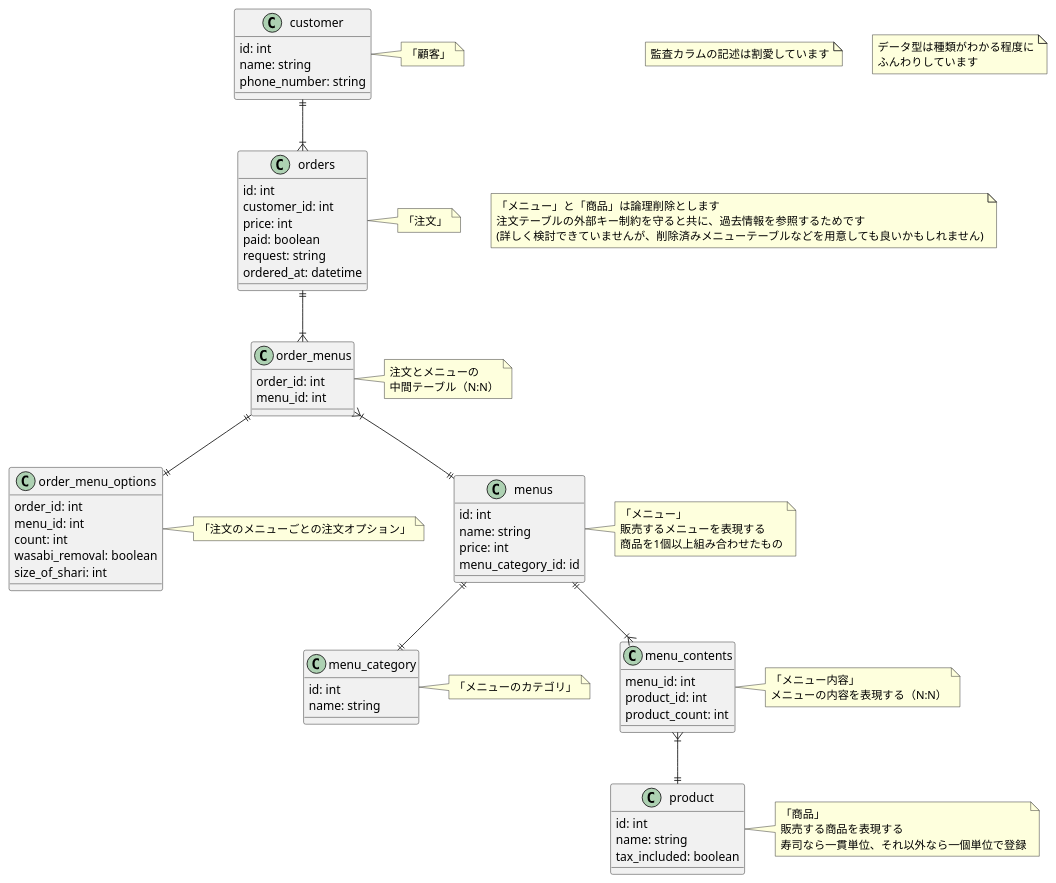
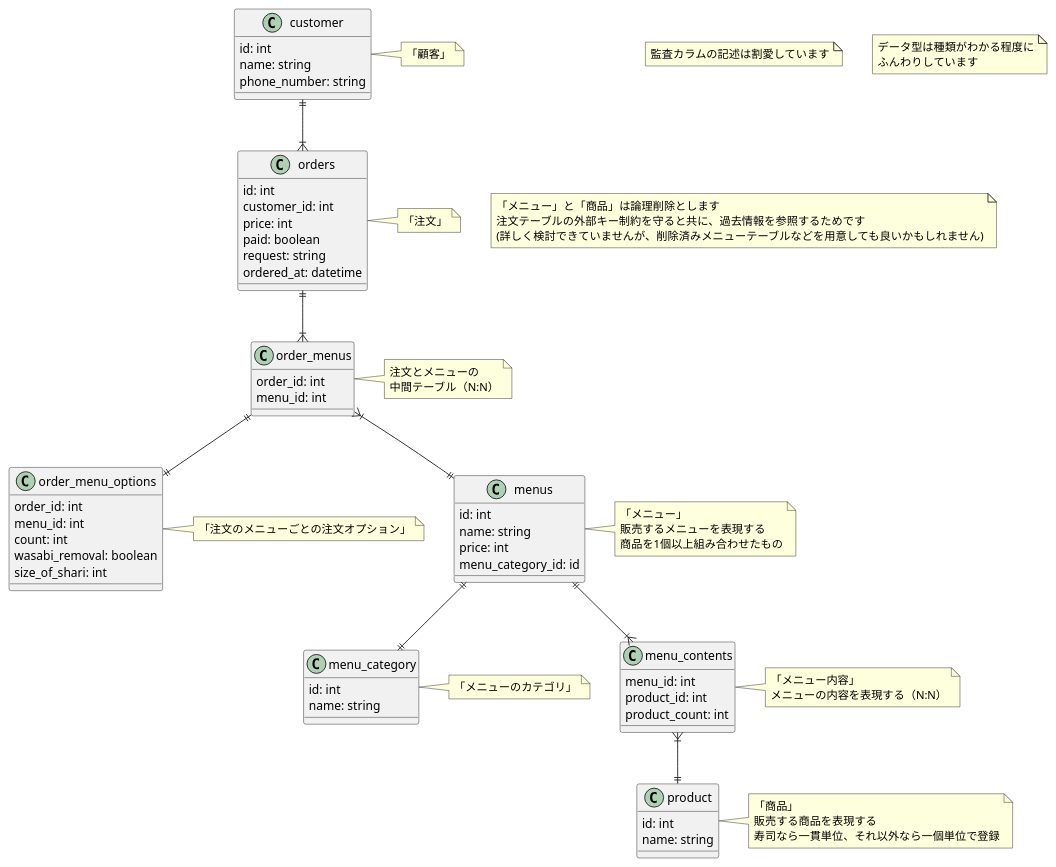
Before and after one commit to HitoroOhria/praha-challenge: the diagram in db/db-modeling-1/sushi_order_of_task1.puml, drawn with PlantUML. The commit also changed 1 other file, not shown here.

```diff
--- a/db/db-modeling-1/sushi_order_of_task1.puml
+++ b/db/db-modeling-1/sushi_order_of_task1.puml
@@ -1,76 +1,75 @@
 @startuml
 'https://plantuml.com/class-diagram
 
 note "監査カラムの記述は割愛しています" as n1
 note "データ型は種類がわかる程度に\nふんわりしています" as n2
 note "「メニュー」と「商品」は論理削除とします\n注文テーブルの外部キー制約を守ると共に、過去情報を参照するためです\n(詳しく検討できていませんが、削除済みメニューテーブルなどを用意しても良いかもしれません)" as n3
 
 class customer {
   id: int
   name: string
   phone_number: string
 }
 note right: 「顧客」
 
 class orders {
   id: int
   customer_id: int
   price: int
   paid: boolean
   request: string
   ordered_at: datetime
 }
 note right: 「注文」
 
 class order_menus {
   order_id: int
   menu_id: int
 }
 note right: 注文とメニューの\n中間テーブル（N:N）
 
 class order_menu_options {
   order_id: int
   menu_id: int
   count: int
   wasabi_removal: boolean
   size_of_shari: int
 }
 note right: 「注文のメニューごとの注文オプション」
 
 class menus {
   id: int
   name: string
   price: int
   menu_category_id: id
 }
 note right: 「メニュー」\n販売するメニューを表現する\n商品を1個以上組み合わせたもの
 
 class menu_category {
   id: int
   name: string
 }
 note right: 「メニューのカテゴリ」
 
 class menu_contents {
   menu_id: int
   product_id: int
   product_count: int
 }
 note right: 「メニュー内容」\nメニューの内容を表現する（N:N）
 
 class product {
   id: int
   name: string
-  tax_included: boolean
 }
 note right: 「商品」\n販売する商品を表現する\n寿司なら一貫単位、それ以外なら一個単位で登録
 
 customer ||--|{ orders
 orders ||--|{ order_menus
 order_menus ||--|| order_menu_options
 order_menus }|--|| menus
 menus ||--|{ menu_contents
 menus ||--|| menu_category
 menu_contents }|--|| product
 
 @enduml
```
